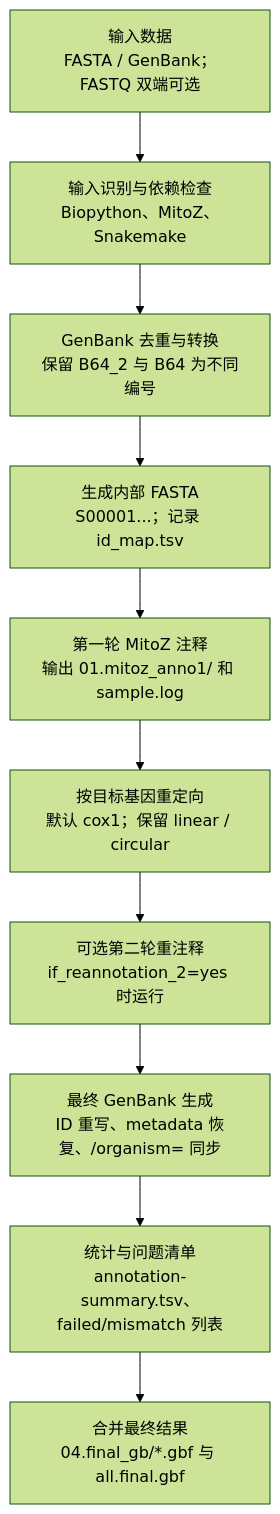
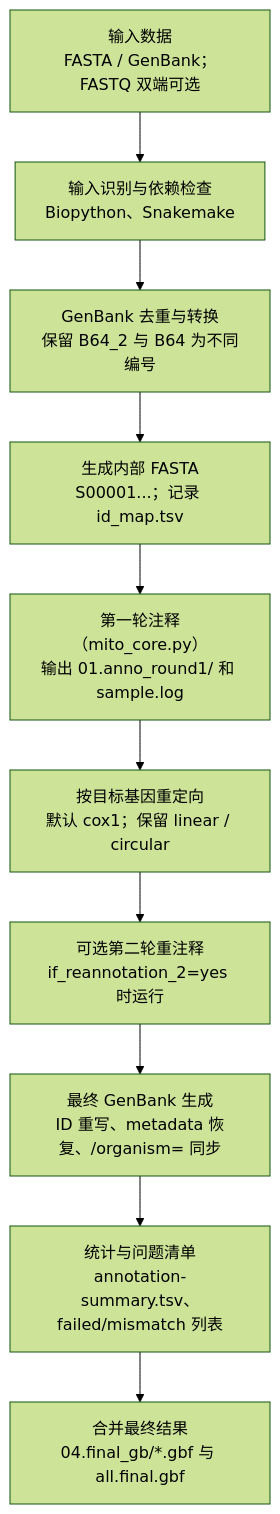
One commit to deyuanyang92-dev/Mitom changed the diagram in docs/flowcharts/batch_mitoz_workflow.zh.mmd. Above: the diagram before and after it, drawn with Mermaid (forest theme). The commit also changed 29 other files, not shown here.

```diff
--- a/docs/flowcharts/batch_mitoz_workflow.zh.mmd
+++ b/docs/flowcharts/batch_mitoz_workflow.zh.mmd
@@ -1,13 +1,13 @@
 flowchart TD
     A["输入数据<br/>FASTA / GenBank；FASTQ 双端可选"]
-    B["输入识别与依赖检查<br/>Biopython、MitoZ、Snakemake"]
+    B["输入识别与依赖检查<br/>Biopython、Snakemake"]
     C["GenBank 去重与转换<br/>保留 B64_2 与 B64 为不同编号"]
     D["生成内部 FASTA<br/>S00001...；记录 id_map.tsv"]
-    E["第一轮 MitoZ 注释<br/>输出 01.mitoz_anno1/ 和 sample.log"]
+    E["第一轮注释（mito_core.py）<br/>输出 01.anno_round1/ 和 sample.log"]
     F["按目标基因重定向<br/>默认 cox1；保留 linear / circular"]
     G["可选第二轮重注释<br/>if_reannotation_2=yes 时运行"]
     H["最终 GenBank 生成<br/>ID 重写、metadata 恢复、/organism= 同步"]
     I["统计与问题清单<br/>annotation-summary.tsv、failed/mismatch 列表"]
     J["合并最终结果<br/>04.final_gb/*.gbf 与 all.final.gbf"]
 
     A --> B --> C --> D --> E --> F --> G --> H --> I --> J
```
